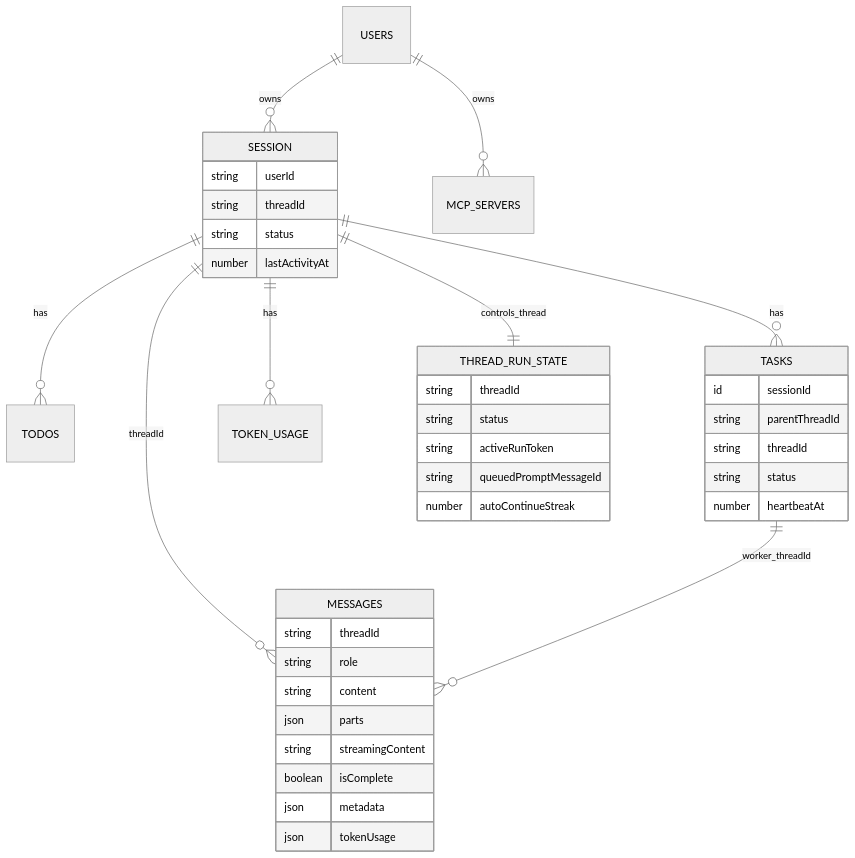
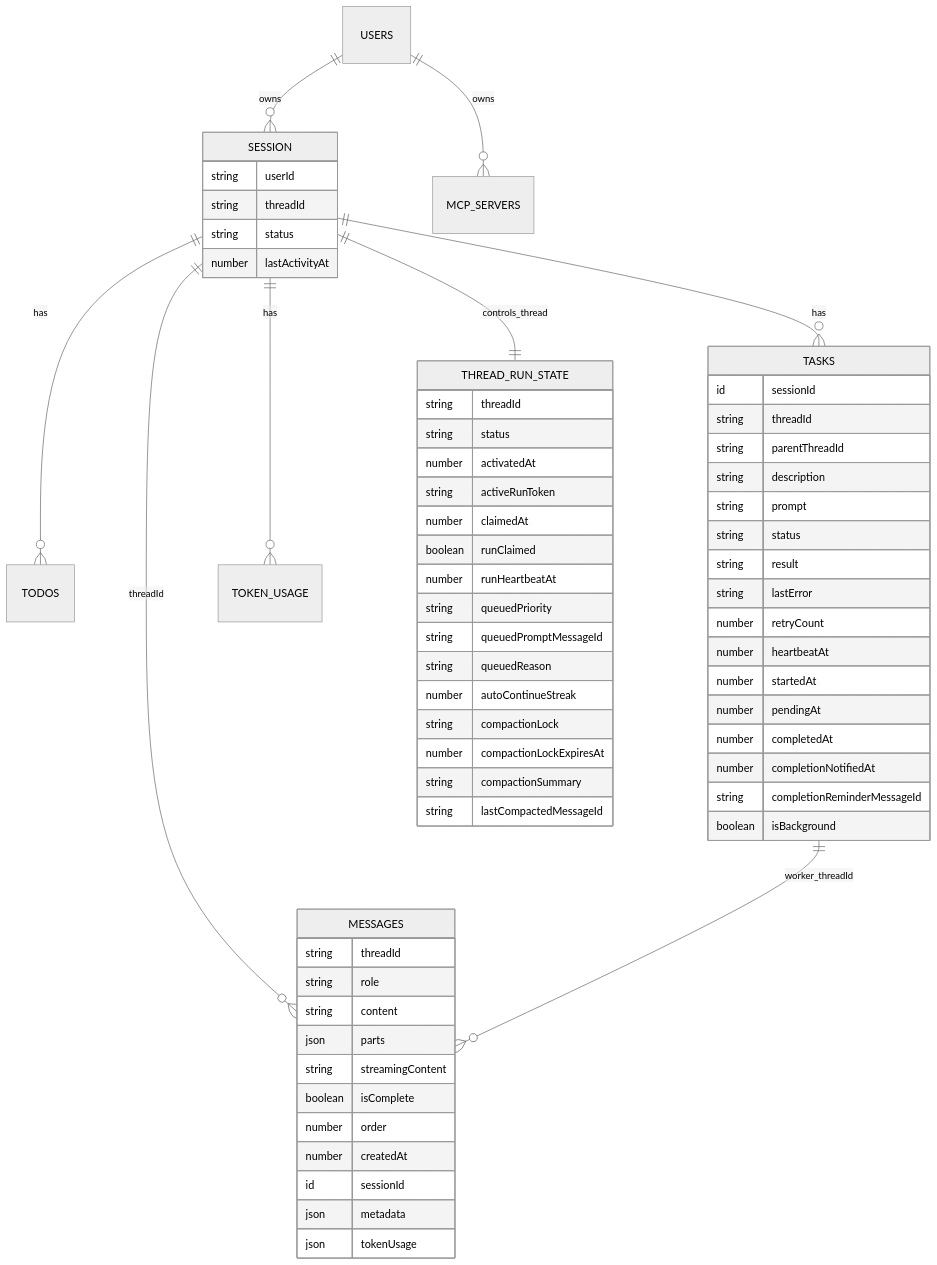
The first of 3 diagrams in apps/agent/plan/schema.md (1qh/noboil), drawn with Mermaid (neutral theme) before and after one commit. The commit also changed other lines of this file and 7 other files, not shown here.

Commit message:
fix: Oracle R19 fixes - thread model clarified, schema aligned, parts format defined, cumulative compaction, call-time SSRF, token-checked postTurnAudit, terminal task reminders, worker fencing, cascade cleanup

````diff
--- a/apps/agent/plan/schema.md
+++ b/apps/agent/plan/schema.md
@@ -72,47 +108,71 @@
 ```mermaid
 erDiagram
     USERS ||--o{ SESSION : owns
     SESSION ||--o{ TODOS : has
     SESSION ||--o{ TASKS : has
     SESSION ||--o{ TOKEN_USAGE : has
 
     SESSION ||--|| THREAD_RUN_STATE : controls_thread
     SESSION ||--o{ MESSAGES : threadId
     TASKS ||--o{ MESSAGES : worker_threadId
 
     USERS ||--o{ MCP_SERVERS : owns
 
     SESSION {
       string userId
       string threadId
       string status
       number lastActivityAt
     }
 
     MESSAGES {
       string threadId
       string role
       string content
       json parts
       string streamingContent
       boolean isComplete
+      number order
+      number createdAt
+      id sessionId
       json metadata
       json tokenUsage
     }
 
     TASKS {
       id sessionId
+      string threadId
       string parentThreadId
-      string threadId
+      string description
+      string prompt
       string status
+      string result
+      string lastError
+      number retryCount
       number heartbeatAt
+      number startedAt
+      number pendingAt
+      number completedAt
+      number completionNotifiedAt
+      string completionReminderMessageId
+      boolean isBackground
     }
 
     THREAD_RUN_STATE {
       string threadId
       string status
+      number activatedAt
       string activeRunToken
+      number claimedAt
+      boolean runClaimed
+      number runHeartbeatAt
+      string queuedPriority
       string queuedPromptMessageId
+      string queuedReason
       number autoContinueStreak
+      string compactionLock
+      number compactionLockExpiresAt
+      string compactionSummary
+      string lastCompactedMessageId
     }
 ```
````
